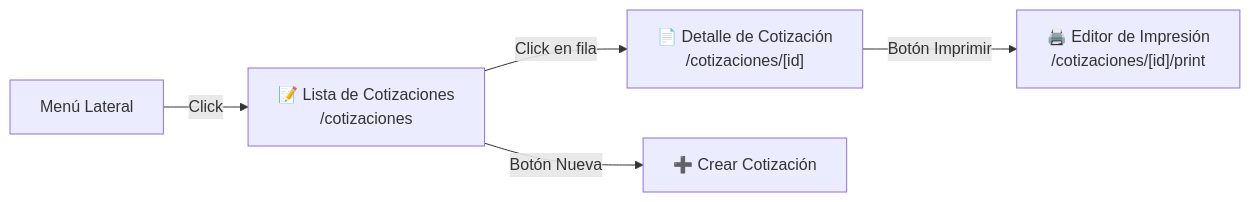
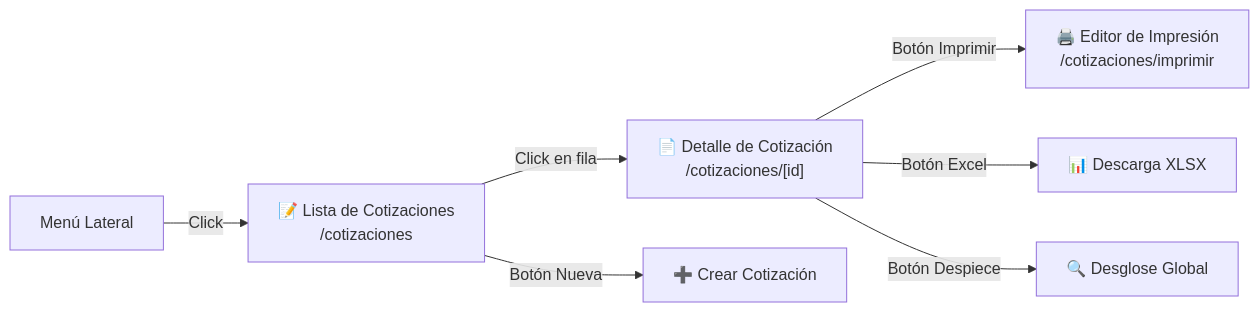
One commit to redentor159/sistema-erp-inventario changed the first of 9 diagrams in docs/tutoriales/T02_TUTORIAL_COTIZACIONES.md. Above: the diagram before and after it, drawn with Mermaid. The commit also changed other lines of this file and 17 other files, not shown here.

````diff
--- a/docs/tutoriales/T02_TUTORIAL_COTIZACIONES.md
+++ b/docs/tutoriales/T02_TUTORIAL_COTIZACIONES.md
@@ -25,7 +27,9 @@
 ```mermaid
 graph LR
     MENU["Menú Lateral"] -->|Click| COT_LIST["📝 Lista de Cotizaciones<br/>/cotizaciones"]
     COT_LIST -->|Click en fila| COT_DETAIL["📄 Detalle de Cotización<br/>/cotizaciones/[id]"]
-    COT_DETAIL -->|Botón Imprimir| PRINT["🖨️ Editor de Impresión<br/>/cotizaciones/[id]/print"]
+    COT_DETAIL -->|Botón Imprimir| PRINT["🖨️ Editor de Impresión<br/>/cotizaciones/imprimir"]
+    COT_DETAIL -->|Botón Excel| EXCEL["📊 Descarga XLSX"]
+    COT_DETAIL -->|Botón Despiece| DESG["🔍 Desglose Global"]
     COT_LIST -->|Botón Nueva| NEW_COT["➕ Crear Cotización"]
 ```
````
